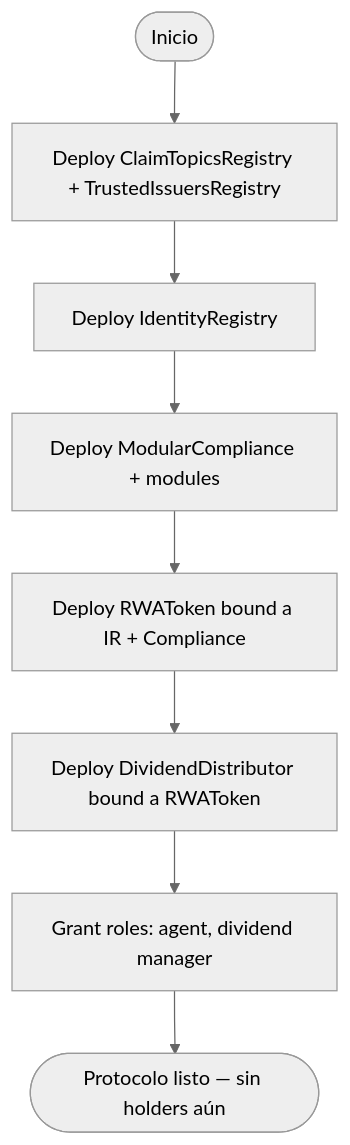
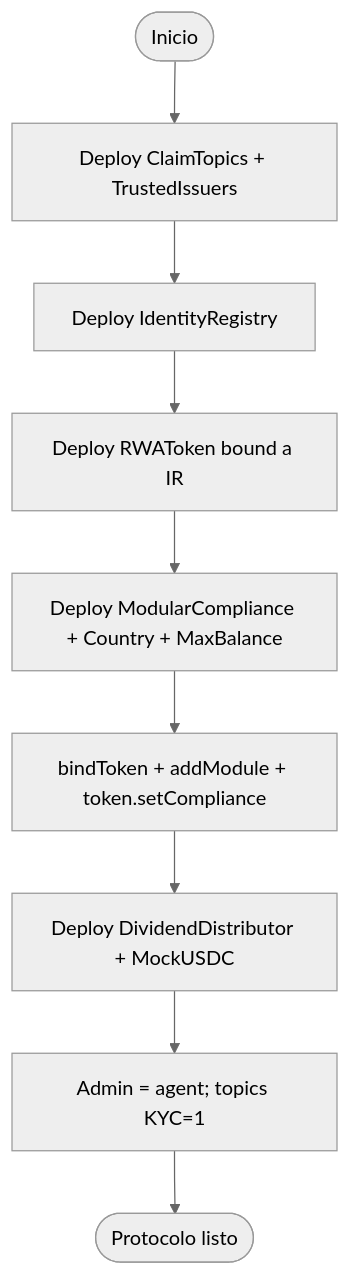
One commit to rastrahm/rwa-tokenization changed the first of 6 diagrams in doc/flujograma.md. Above: the diagram before and after it, drawn with Mermaid (neutral theme). The commit also changed other lines of this file and 7 other files, not shown here.

````diff
--- a/doc/flujograma.md
+++ b/doc/flujograma.md
@@ -24,10 +24,11 @@
 ```mermaid
 flowchart TD
-    Start([Inicio]) --> CTR[Deploy ClaimTopicsRegistry + TrustedIssuersRegistry]
+    Start([Inicio]) --> CTR[Deploy ClaimTopics + TrustedIssuers]
     CTR --> IR[Deploy IdentityRegistry]
-    IR --> Comp[Deploy ModularCompliance + modules]
-    Comp --> Tok[Deploy RWAToken bound a IR + Compliance]
-    Tok --> Div[Deploy DividendDistributor bound a RWAToken]
-    Div --> Agents[Grant roles: agent, dividend manager]
-    Agents --> Ready([Protocolo listo — sin holders aún])
+    IR --> Tok[Deploy RWAToken bound a IR]
+    Tok --> Comp[Deploy ModularCompliance + Country + MaxBalance]
+    Comp --> Wire[bindToken + addModule + token.setCompliance]
+    Wire --> Div[Deploy DividendDistributor + MockUSDC]
+    Div --> Agents[Admin = agent; topics KYC=1]
+    Agents --> Ready([Protocolo listo])
 ```
````
